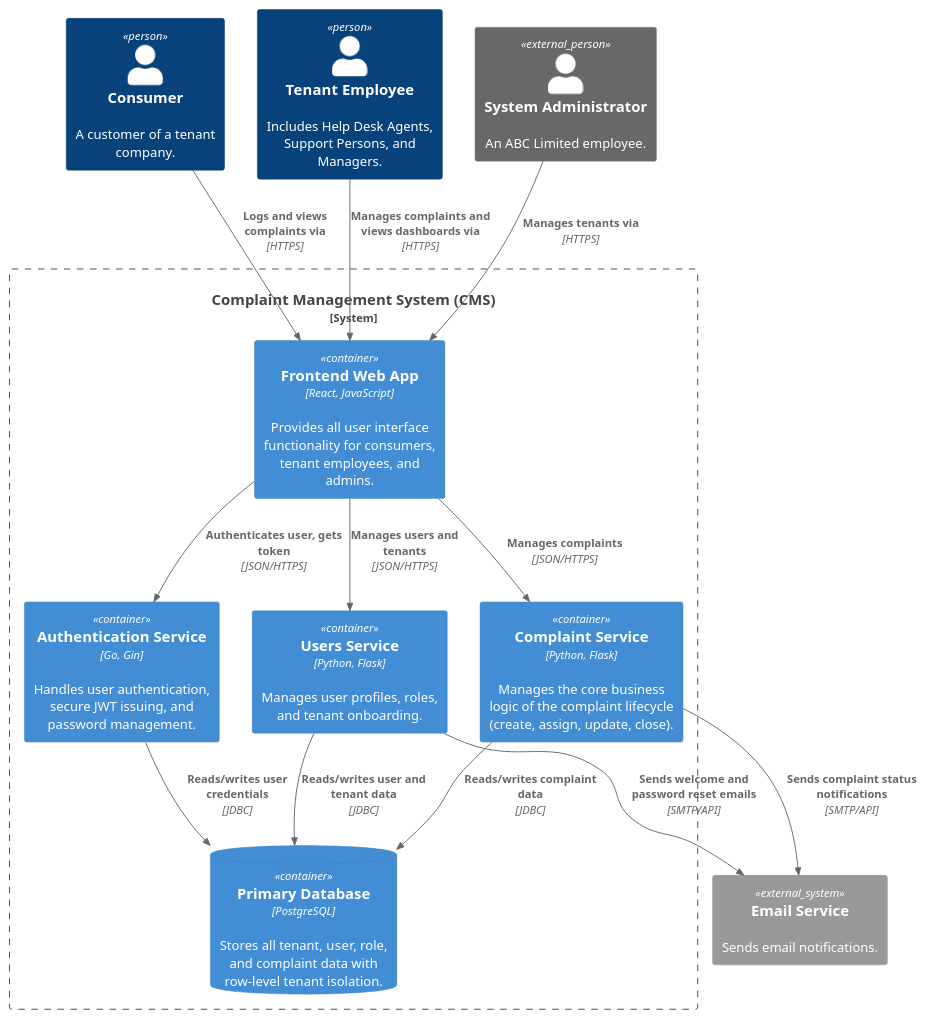
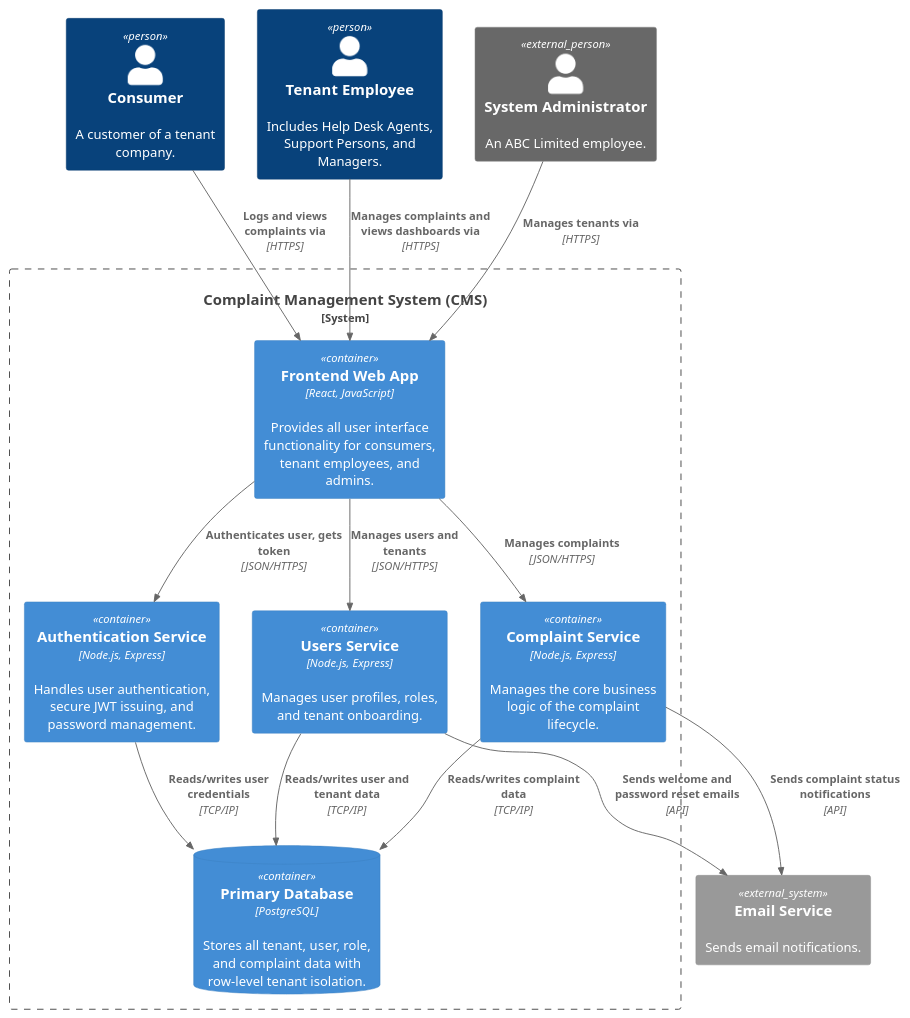
One commit to TimChinye/SAD-Complaint-Management-System changed the diagram in task_1_design/diagrams/c4-level-2-container.puml. Above: the diagram before and after it, drawn with PlantUML. The commit also changed 16 other files, not shown here.

Commit message:
refactor(docs): Update architectural decision records and enhance security documentation; removed obsolete files

```diff
--- a/task_1_design/diagrams/c4-level-2-container.puml
+++ b/task_1_design/diagrams/c4-level-2-container.puml
@@ -1,52 +1,51 @@
 @startuml C4_Container_Diagram
 !include https://raw.githubusercontent.com/plantuml-stdlib/C4-PlantUML/master/C4_Container.puml
 
 ' --- Entities ---
 
-' Define the actors (people) - they are external to this boundary
-' We define them here so we can draw relationships to the containers
+' Definition of the Actors who interact with the Containers
 Person(consumer, "Consumer", "A customer of a tenant company.")
 Person(tenantEmployee, "Tenant Employee", "Includes Help Desk Agents, Support Persons, and Managers.")
 Person_Ext(sysAdmin, "System Administrator", "An ABC Limited employee.")
 
 ' Definition of the External Services
 System_Ext(emailService, "Email Service", "Sends email notifications.")
 
 ' Definition of the System Boundary for the Central Software System
 System_Boundary(cms, "Complaint Management System (CMS)") {
 
     ' Definition of Containers within the Central Software System
     Container(webApp, "Frontend Web App", "React, JavaScript", "Provides all user interface functionality for consumers, tenant employees, and admins.")
     
-    Container(authService, "Authentication Service", "Go, Gin", "Handles user authentication, secure JWT issuing, and password management.")
+    Container(authService, "Authentication Service", "Node.js, Express", "Handles user authentication, secure JWT issuing, and password management.")
     
-    Container(userService, "Users Service", "Python, Flask", "Manages user profiles, roles, and tenant onboarding.")
+    Container(userService, "Users Service", "Node.js, Express", "Manages user profiles, roles, and tenant onboarding.")
     
-    Container(complaintService, "Complaint Service", "Python, Flask", "Manages the core business logic of the complaint lifecycle (create, assign, update, close).")
+    Container(complaintService, "Complaint Service", "Node.js, Express", "Manages the core business logic of the complaint lifecycle.")
     
     ContainerDb(database, "Primary Database", "PostgreSQL", "Stores all tenant, user, role, and complaint data with row-level tenant isolation.")
 
 }
 
 ' --- Relationships ---
 
 ' Actors to Containers relationships
 Rel(consumer, webApp, "Logs and views complaints via", "HTTPS")
 Rel(tenantEmployee, webApp, "Manages complaints and views dashboards via", "HTTPS")
 Rel(sysAdmin, webApp, "Manages tenants via", "HTTPS")
 
 ' Web App to Backend Services relationships
 Rel(webApp, authService, "Authenticates user, gets token", "JSON/HTTPS")
 Rel(webApp, userService, "Manages users and tenants", "JSON/HTTPS")
 Rel(webApp, complaintService, "Manages complaints", "JSON/HTTPS")
 
 ' Backend Services to Database relationships
-Rel(authService, database, "Reads/writes user credentials", "JDBC")
-Rel(userService, database, "Reads/writes user and tenant data", "JDBC")
-Rel(complaintService, database, "Reads/writes complaint data", "JDBC")
+Rel(authService, database, "Reads/writes user credentials", "TCP/IP")
+Rel(userService, database, "Reads/writes user and tenant data", "TCP/IP")
+Rel(complaintService, database, "Reads/writes complaint data", "TCP/IP")
 
 ' Backend Services to External Systems relationships
-Rel(userService, emailService, "Sends welcome and password reset emails", "SMTP/API")
-Rel(complaintService, emailService, "Sends complaint status notifications", "SMTP/API")
+Rel(userService, emailService, "Sends welcome and password reset emails", "API")
+Rel(complaintService, emailService, "Sends complaint status notifications", "API")
 
 @enduml
```
